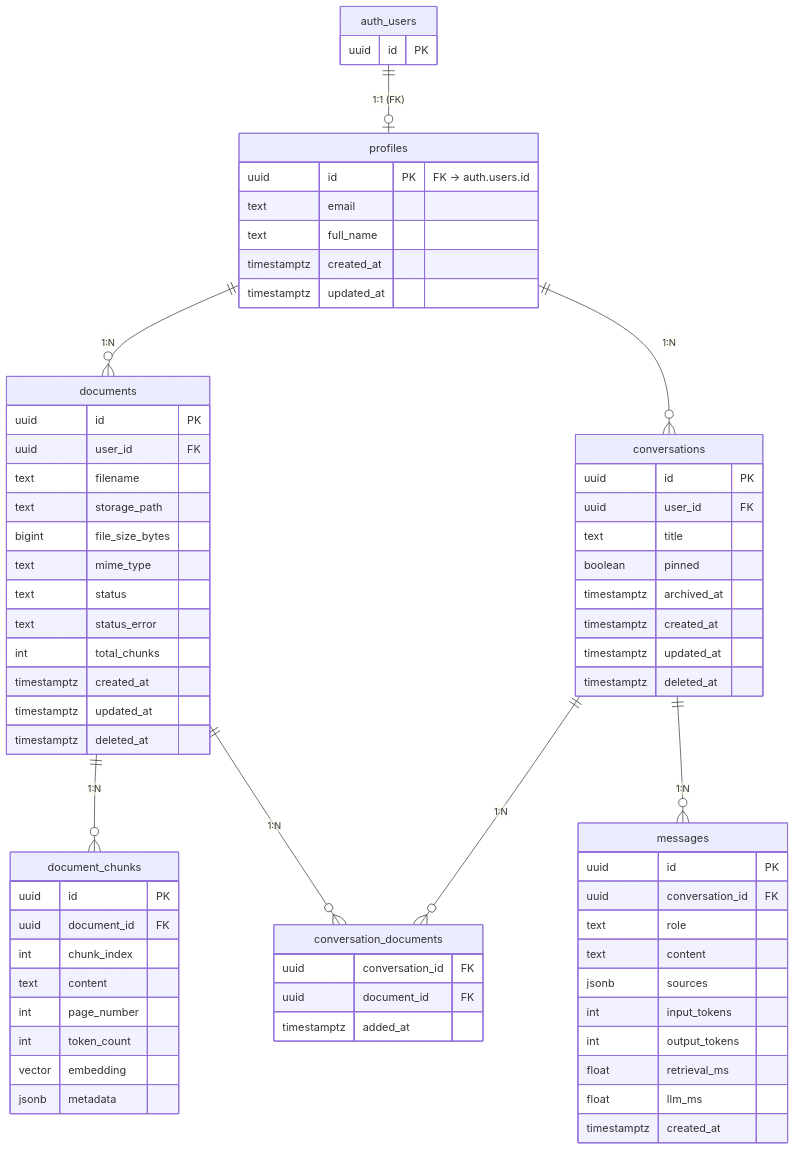
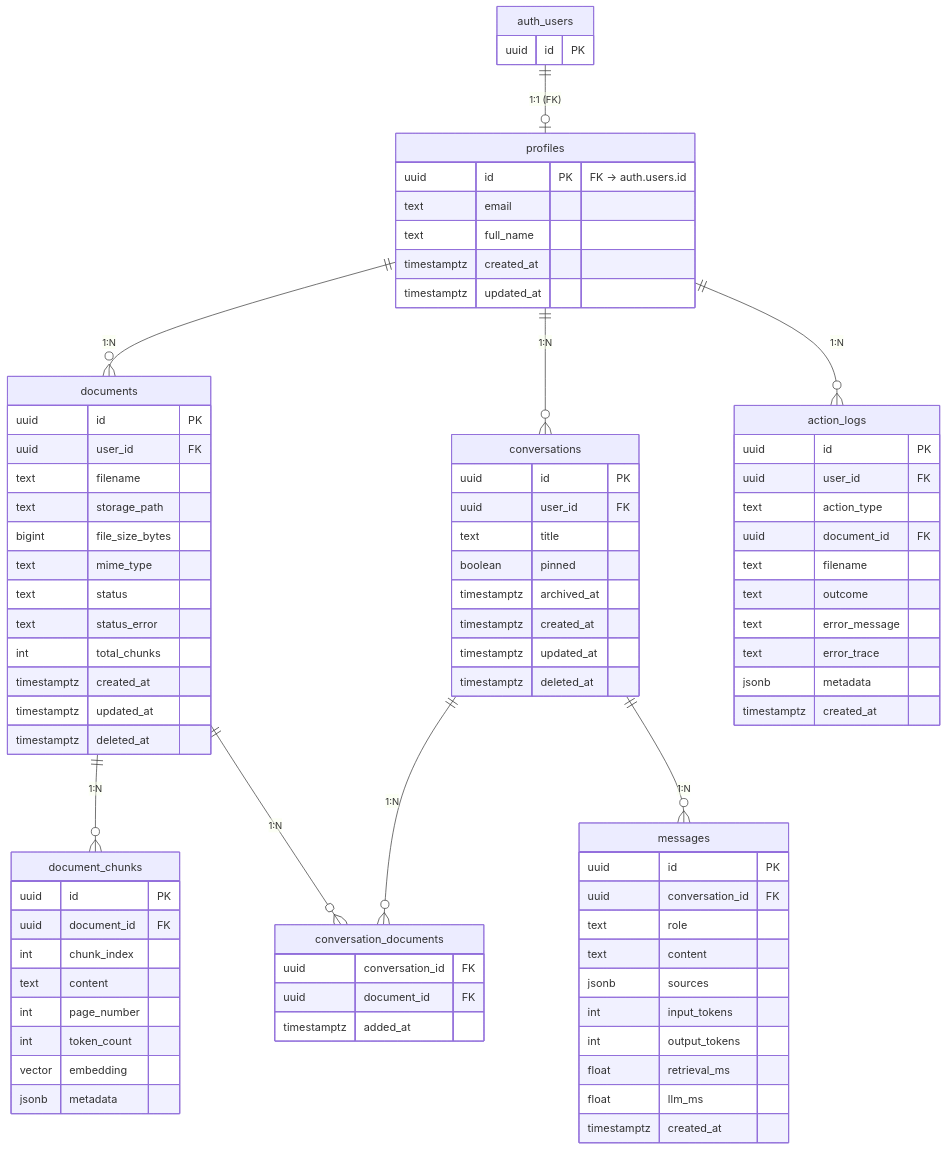
The diagram in docs/database.md (abdullah-alsharif/Contextly), drawn with Mermaid before and after one commit. The commit also changed other lines of this file and 26 other files, not shown here.

Commit message:
feat(logs): user action log — recording, GET /api/v1/logs, Logs page (specs/016)

````diff
--- a/docs/database.md
+++ b/docs/database.md
@@ -16,6 +16,7 @@
   conversations ||--o{ conversation_documents : "1:N"
   documents ||--o{ conversation_documents : "1:N"
   conversations ||--o{ messages : "1:N"
+  profiles ||--o{ action_logs : "1:N"
 
   auth_users {
     uuid id PK
@@ -78,4 +79,16 @@
     float llm_ms
     timestamptz created_at
   }
+  action_logs {
+    uuid id PK
+    uuid user_id FK
+    text action_type
+    uuid document_id FK
+    text filename
+    text outcome
+    text error_message
+    text error_trace
+    jsonb metadata
+    timestamptz created_at
+  }
 ```
````
